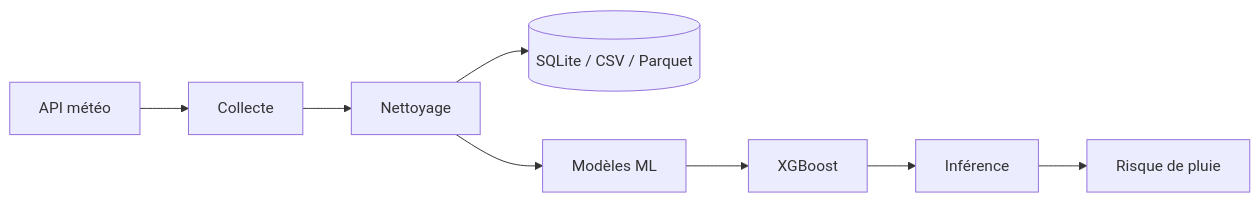
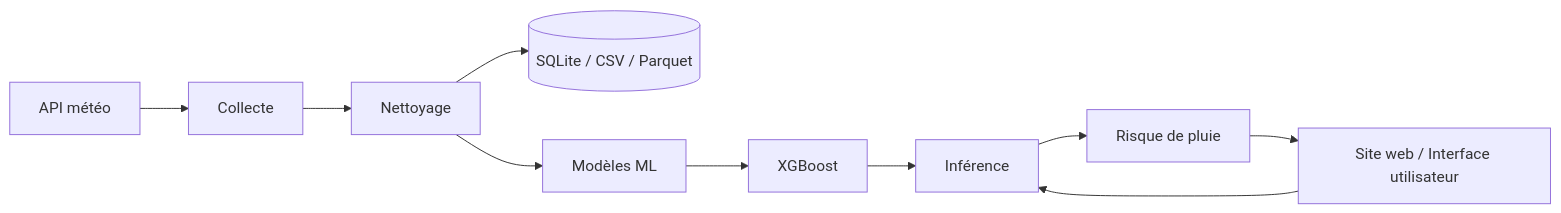
One commit to jimy-salem-52/GoutteEau changed the diagram in README.md. Above: the diagram before and after it, drawn with Mermaid.

````diff
--- a/README.md
+++ b/README.md
@@ -6,10 +6,12 @@
 ```mermaid
 flowchart LR
     A[API météo] --> B[Collecte]
     B --> C[Nettoyage]
     C --> D[(SQLite / CSV / Parquet)]
     C --> E[Modèles ML]
     E --> F[XGBoost]
     F --> G[Inférence]
     G --> H[Risque de pluie]
+    I[Site web / Interface utilisateur] --> G
+    H --> I
 ```
````
